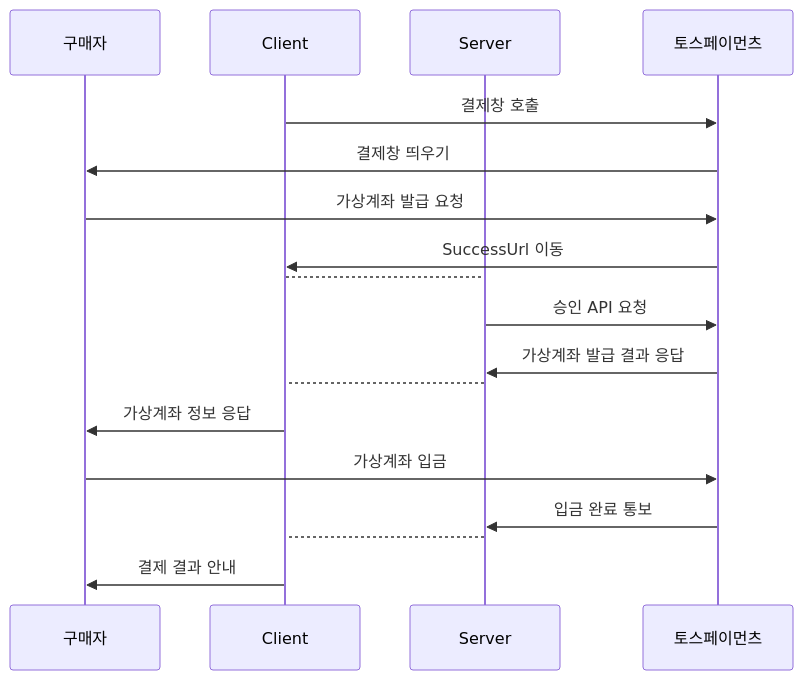
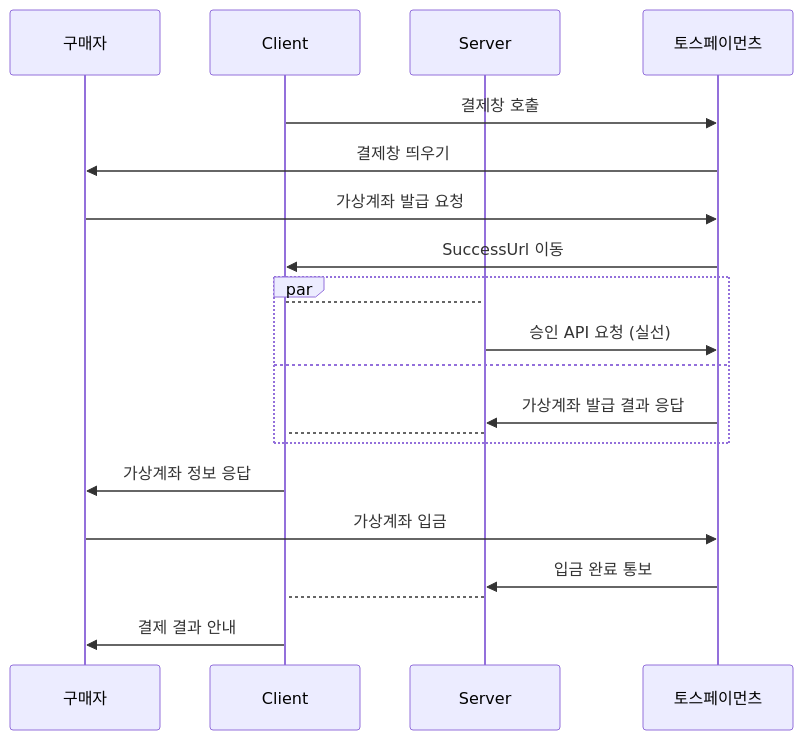
One commit to sumin2eee/NBE2_2_Team6 changed the sixth of 6 diagrams in README.md. Above: the diagram before and after it, drawn with Mermaid.

````diff
--- a/README.md
+++ b/README.md
@@ -128,21 +128,24 @@
 ```mermaid
 sequenceDiagram
     participant Buyer as 구매자
     participant Client
     participant Server
     participant PaymentGateway as 토스페이먼츠
 
     Client->>PaymentGateway: 결제창 호출
     PaymentGateway->>Buyer: 결제창 띄우기
     Buyer->>PaymentGateway: 가상계좌 발급 요청
     PaymentGateway->>Client: SuccessUrl 이동 
-    Client-->Server: 
-    Server->>PaymentGateway: 승인 API 요청
-    PaymentGateway->>Server: 가상계좌 발급 결과 응답
-    Server-->Client: 
+    par
+        Client-->Server: 
+        Server->>PaymentGateway: 승인 API 요청 (실선)
+    and
+        PaymentGateway->>Server: 가상계좌 발급 결과 응답
+        Server-->Client: 
+    end 
     Client->>Buyer: 가상계좌 정보 응답 
     Buyer->>PaymentGateway: 가상계좌 입금
     PaymentGateway->>Server: 입금 완료 통보
     Server-->Client: 
     Client->>Buyer: 결제 결과 안내
 ```
````
